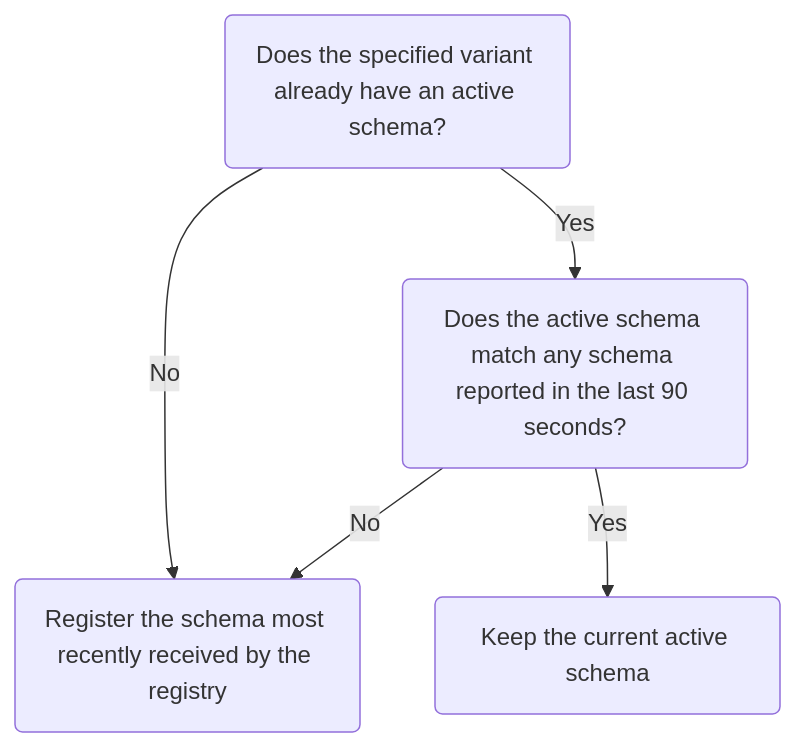
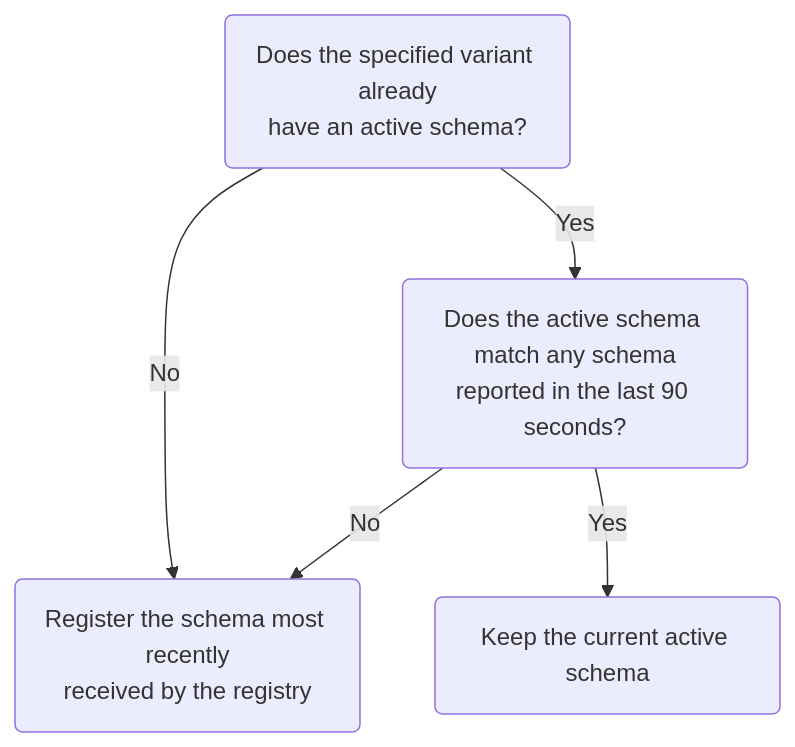
Before and after one commit to apollographql/apollo: the diagram in studio-docs/source/schema/schema-reporting.mdx, drawn with Mermaid. The commit also changed 4 other files, not shown here.

````diff
--- a/studio-docs/source/schema/schema-reporting.mdx
+++ b/studio-docs/source/schema/schema-reporting.mdx
@@ -75,12 +75,12 @@
 ```mermaid
-graph TB;
-  activeSchema(Does the specified variant already have an active schema?);
-  exactReported("Does the active schema match any schema reported in the last 90 seconds?");
-  registerRecent(Register the schema most recently received by the registry);
+flowchart TB;
+  activeSchema(Does the specified variant already<br/>have an active schema?);
+  exactReported("Does the active schema match any schema<br/>reported in the last 90 seconds?");
+  registerRecent(Register the schema most recently<br/>received by the registry);
   keepActive(Keep the current active schema);
   activeSchema --"No"-->registerRecent;
   activeSchema --"Yes"-->exactReported;
   exactReported--"No"-->registerRecent;
   exactReported--"Yes"-->keepActive;
   class registerRecent,keepActive secondary;
 ```
````
